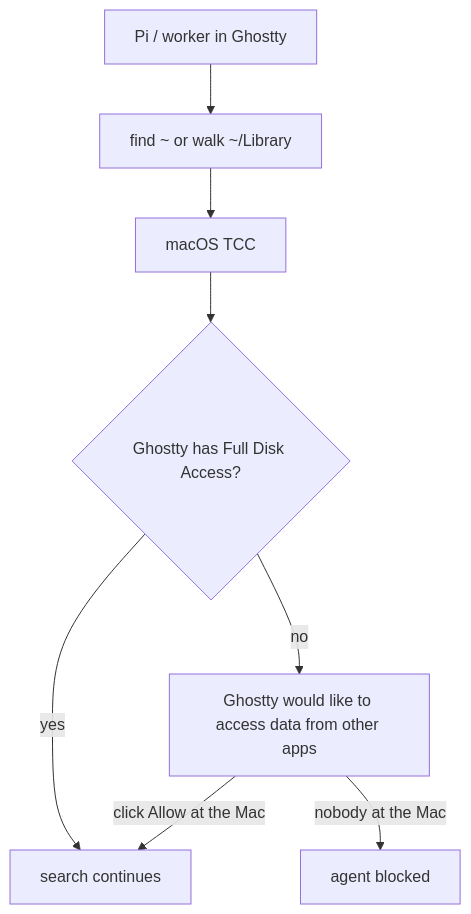
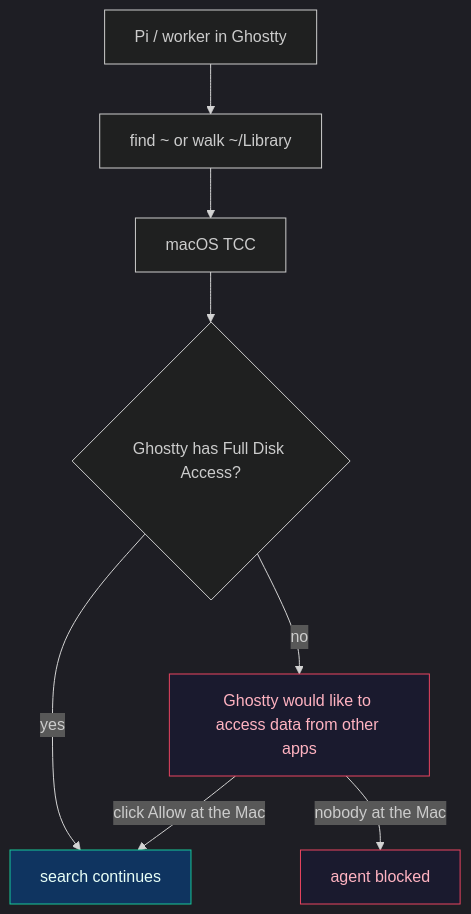
The diagram in docs/macos-tcc.md (nourhelmi/pi-meta-harness), drawn with Mermaid before and after one commit. The commit also changed other lines of this file and 7 other files, not shown here.

````diff
--- a/docs/macos-tcc.md
+++ b/docs/macos-tcc.md
@@ -11,10 +11,19 @@
 ```mermaid
+---
+config:
+  theme: dark
+---
 flowchart TD
   Agent["Pi / worker in Ghostty"] --> Find["find ~ or walk ~/Library"]
   Find --> TCC["macOS TCC"]
   TCC --> Granted{Ghostty has Full Disk Access?}
   Granted -->|yes| Resume["search continues"]
   Granted -->|no| Modal["Ghostty would like to access data from other apps"]
   Modal -->|click Allow at the Mac| Resume
   Modal -->|nobody at the Mac| Hang["agent blocked"]
+
+  classDef ok fill:#0f3460,stroke:#16c79a,color:#e8fff7
+  classDef bad fill:#1a1a2e,stroke:#e94560,color:#ffb3c1
+  class Resume ok
+  class Modal,Hang bad
 ```
````
